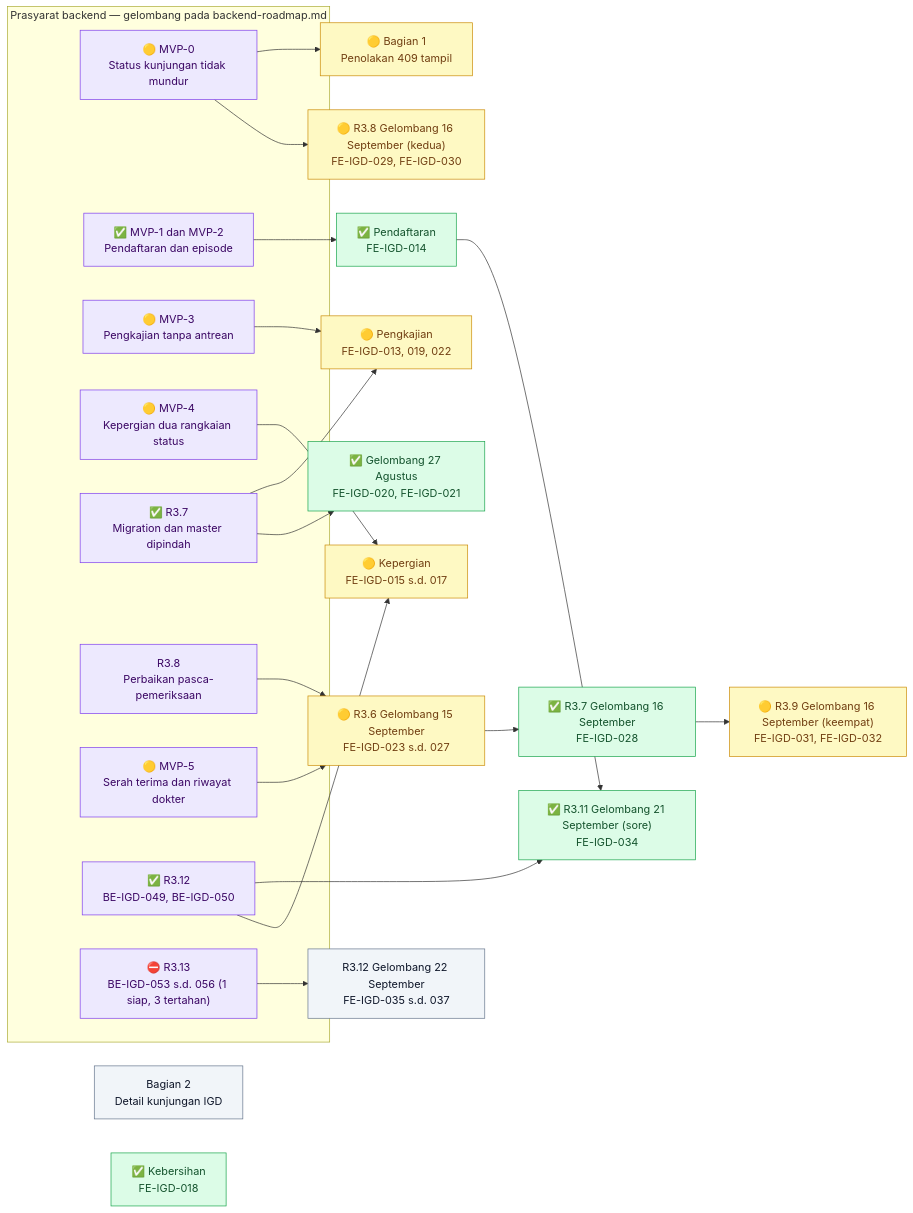
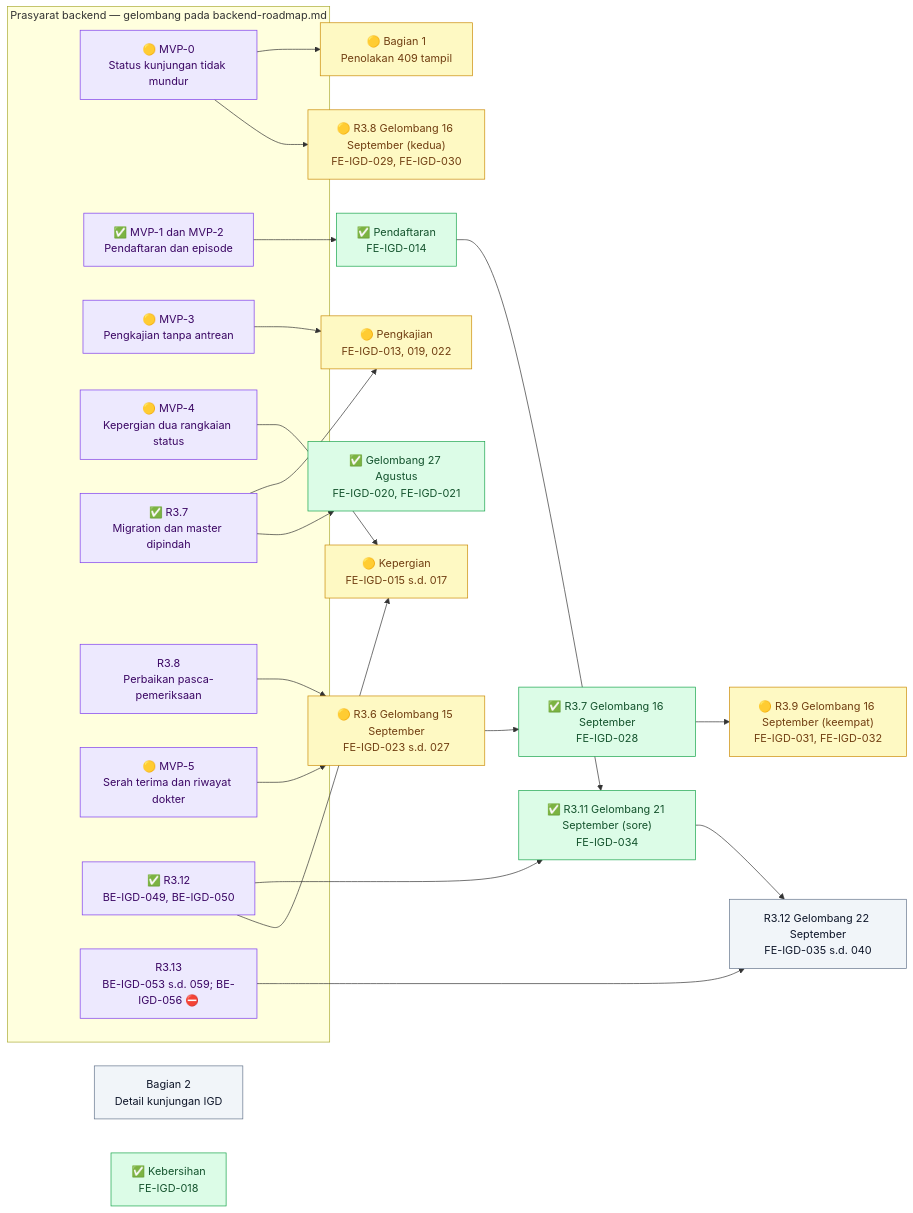
Before and after one commit to DevBenari/NewQuilvianSystemBackend: the first of 11 diagrams in docs/module-blueprints/igd/roadmap/frontend-roadmap.md, drawn with Mermaid. The commit also changed other lines of this file and 18 other files, not shown here.

````diff
--- a/docs/module-blueprints/igd/roadmap/frontend-roadmap.md
+++ b/docs/module-blueprints/igd/roadmap/frontend-roadmap.md
@@ -72,50 +73,51 @@
 ```mermaid
 flowchart LR
     classDef selesai fill:#DCFCE7,stroke:#16A34A,color:#14532D
     classDef sebagian fill:#FEF9C3,stroke:#CA8A04,color:#713F12
     classDef terblokir fill:#FEE2E2,stroke:#DC2626,color:#7F1D1D
     classDef belum fill:#F1F5F9,stroke:#64748B,color:#0F172A
     classDef luar fill:#EDE9FE,stroke:#7C3AED,color:#3B0764
 
     subgraph backend["Prasyarat backend — gelombang pada backend-roadmap.md"]
         BMVP0["🟡 MVP-0<br/>Status kunjungan tidak mundur"]:::luar
         BMVP12["✅ MVP-1 dan MVP-2<br/>Pendaftaran dan episode"]:::luar
         BMVP3["🟡 MVP-3<br/>Pengkajian tanpa antrean"]:::luar
         BMVP4["🟡 MVP-4<br/>Kepergian dua rangkaian status"]:::luar
         BR37["✅ R3.7<br/>Migration dan master dipindah"]:::luar
         BR38["R3.8<br/>Perbaikan pasca-pemeriksaan"]:::luar
         BMVP5["🟡 MVP-5<br/>Serah terima dan riwayat dokter"]:::luar
         BR312["✅ R3.12<br/>BE-IGD-049, BE-IGD-050"]:::luar
-        BR313["⛔ R3.13<br/>BE-IGD-053 s.d. 056 (1 siap, 3 tertahan)"]:::luar
+        BR313["R3.13<br/>BE-IGD-053 s.d. 059; BE-IGD-056 ⛔"]:::luar
     end
 
     FMVP0["🟡 Bagian 1<br/>Penolakan 409 tampil"]:::sebagian
     FWARIS["Bagian 2<br/>Detail kunjungan IGD"]:::belum
     FDAFTAR["✅ Pendaftaran<br/>FE-IGD-014"]:::selesai
     FKAJI["🟡 Pengkajian<br/>FE-IGD-013, 019, 022"]:::sebagian
     FPERGI["🟡 Kepergian<br/>FE-IGD-015 s.d. 017"]:::sebagian
     FMASTER["✅ Gelombang 27 Agustus<br/>FE-IGD-020, FE-IGD-021"]:::selesai
     FBERSIH["✅ Kebersihan<br/>FE-IGD-018"]:::selesai
     FPASCA["🟡 R3.6 Gelombang 15 September<br/>FE-IGD-023 s.d. 027"]:::sebagian
     FPASCA2["✅ R3.7 Gelombang 16 September<br/>FE-IGD-028"]:::selesai
     FARRIVED["🟡 R3.8 Gelombang 16 September (kedua)<br/>FE-IGD-029, FE-IGD-030"]:::sebagian
     FTATA["🟡 R3.9 Gelombang 16 September (keempat)<br/>FE-IGD-031, FE-IGD-032"]:::sebagian
     FPRA["✅ R3.11 Gelombang 21 September (sore)<br/>FE-IGD-034"]:::selesai
-    FENC["R3.12 Gelombang 22 September<br/>FE-IGD-035 s.d. 037"]:::belum
+    FENC["R3.12 Gelombang 22 September<br/>FE-IGD-035 s.d. 040"]:::belum
 
     BMVP0 --> FMVP0
     BMVP0 --> FARRIVED
     BMVP12 --> FDAFTAR
     BMVP3 --> FKAJI
     BR37 --> FKAJI
     BMVP4 --> FPERGI
     BR37 --> FMASTER
     BR38 --> FPASCA
     BMVP5 --> FPASCA
     FPASCA --> FPASCA2
     FPASCA2 --> FTATA
     BR312 --> FPRA
     BR312 --> FPERGI
     FDAFTAR --> FPRA
     BR313 --> FENC
+    FPRA --> FENC
 ```
````
